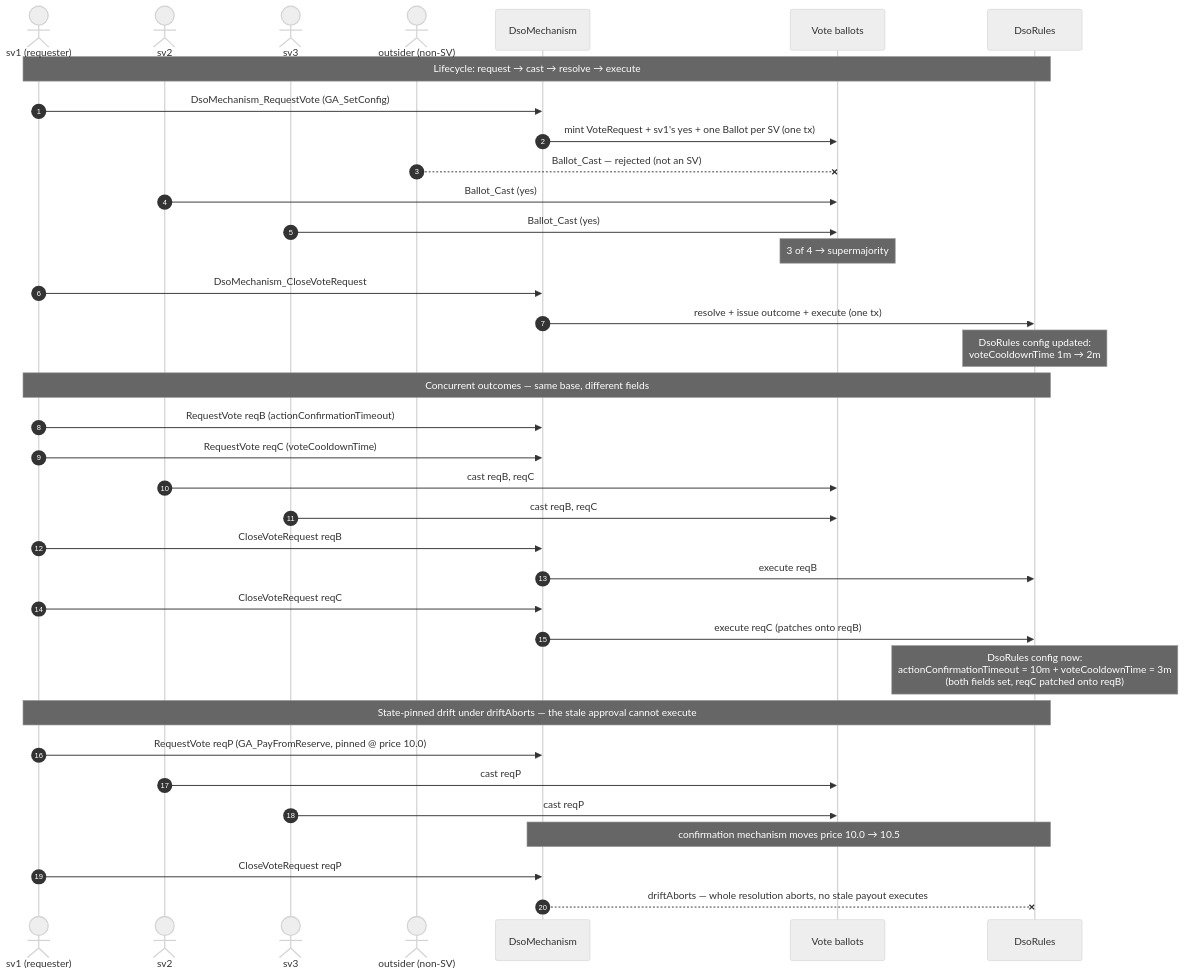
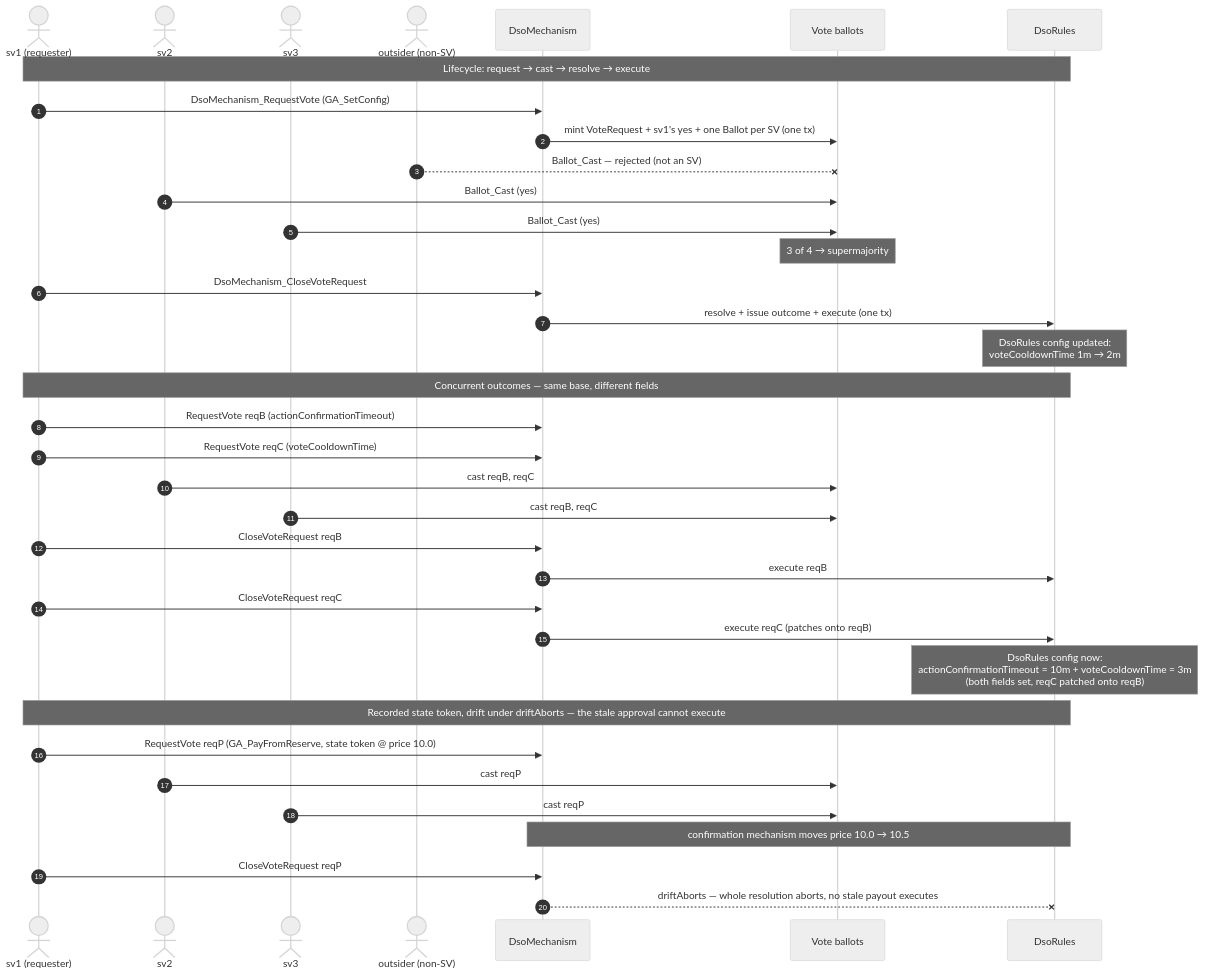
Before and after one commit to unlockitio/concordia: the first of 5 diagrams in examples/BabyDso/DEMOS.md, drawn with Mermaid (neutral theme). The commit also changed other lines of this file and 31 other files, not shown here.

````diff
--- a/examples/BabyDso/DEMOS.md
+++ b/examples/BabyDso/DEMOS.md
@@ -91,41 +80,41 @@
 ```mermaid
 sequenceDiagram
     autonumber
     actor sv1 as sv1 (requester)
     actor sv2
     actor sv3
     actor out as outsider (non-SV)
     participant A as DsoMechanism
     participant B as Vote ballots
     participant R as DsoRules
 
     Note over sv1,R: Lifecycle: request → cast → resolve → execute
     sv1->>A: DsoMechanism_RequestVote (GA_SetConfig)
     A->>B: mint VoteRequest + sv1's yes + one Ballot per SV (one tx)
     out--xB: Ballot_Cast — rejected (not an SV)
     sv2->>B: Ballot_Cast (yes)
     sv3->>B: Ballot_Cast (yes)
     Note over B: 3 of 4 → supermajority
     sv1->>A: DsoMechanism_CloseVoteRequest
     A->>R: resolve + issue outcome + execute (one tx)
     Note over R: DsoRules config updated:<br/>voteCooldownTime 1m → 2m
 
     Note over sv1,R: Concurrent outcomes — same base, different fields
     sv1->>A: RequestVote reqB (actionConfirmationTimeout)
     sv1->>A: RequestVote reqC (voteCooldownTime)
     sv2->>B: cast reqB, reqC
     sv3->>B: cast reqB, reqC
     sv1->>A: CloseVoteRequest reqB
     A->>R: execute reqB
     sv1->>A: CloseVoteRequest reqC
     A->>R: execute reqC (patches onto reqB)
     Note over R: DsoRules config now:<br/>actionConfirmationTimeout = 10m + voteCooldownTime = 3m<br/>(both fields set, reqC patched onto reqB)
 
-    Note over sv1,R: State-pinned drift under driftAborts — the stale approval cannot execute
-    sv1->>A: RequestVote reqP (GA_PayFromReserve, pinned @ price 10.0)
+    Note over sv1,R: Recorded state token, drift under driftAborts — the stale approval cannot execute
+    sv1->>A: RequestVote reqP (GA_PayFromReserve, state token @ price 10.0)
     sv2->>B: cast reqP
     sv3->>B: cast reqP
     Note over A,R: confirmation mechanism moves price 10.0 → 10.5
     sv1->>A: CloseVoteRequest reqP
     A--xR: driftAborts — whole resolution aborts, no stale payout executes
 ```
````
